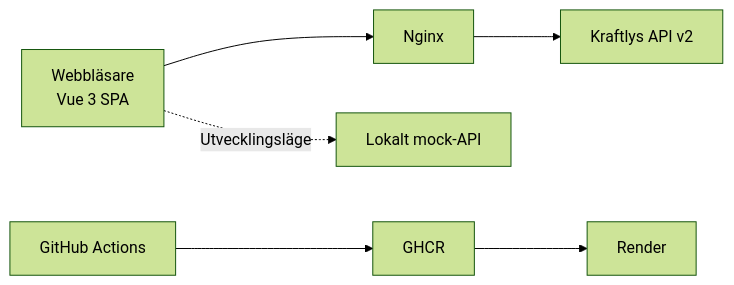
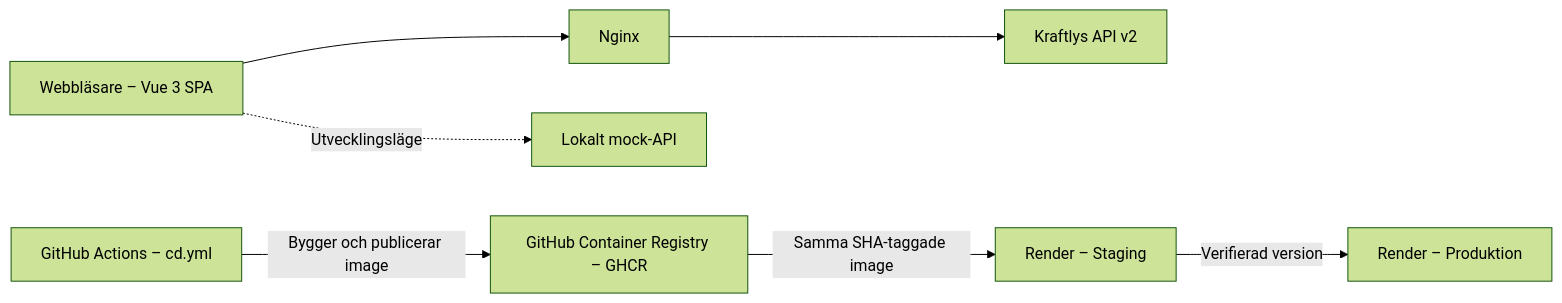
Before and after one commit to suzan-al-majdalawi/kraftly-suzan-team: the diagram in README.md, drawn with Mermaid (forest theme). The commit also changed other lines of this file, not shown here.

````diff
--- a/README.md
+++ b/README.md
@@ -240,16 +235,19 @@
 ```mermaid
 flowchart LR
-    Browser["Webbläsare<br/>Vue 3 SPA"]
+    Browser["Webbläsare – Vue 3 SPA"]
     Nginx["Nginx"]
     API["Kraftlys API v2"]
     Mock["Lokalt mock-API"]
-    Actions["GitHub Actions"]
-    GHCR["GHCR"]
-    Render["Render"]
+    CD["GitHub Actions – cd.yml"]
+    GHCR["GitHub Container Registry – GHCR"]
+    Staging["Render – Staging"]
+    Production["Render – Produktion"]
 
     Browser --> Nginx
     Nginx --> API
     Browser -.->|"Utvecklingsläge"| Mock
-    Actions --> GHCR
-    GHCR --> Render
+
+    CD -->|"Bygger och publicerar image"| GHCR
+    GHCR -->|"Samma SHA-taggade image"| Staging
+    Staging -->|"Verifierad version"| Production
 ```
````
